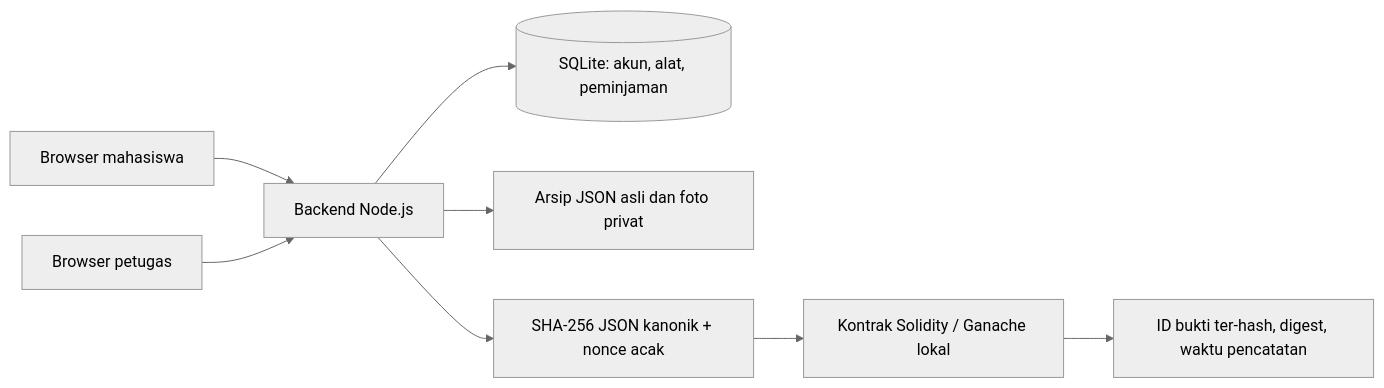
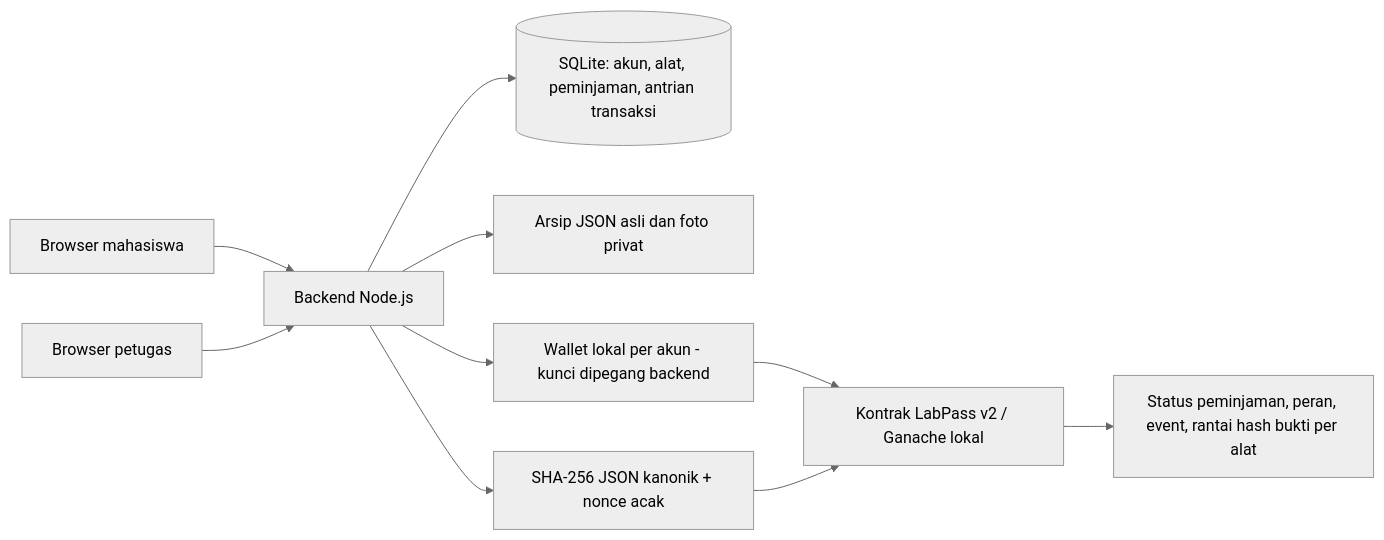
Before and after one commit to velgrynnn/LabPass: the diagram in README.md, drawn with Mermaid (neutral theme). The commit also changed other lines of this file and 15 other files, not shown here.

First line of the commit message:
Upgrade kontrak ke v2: status on-chain dan wallet per akun

````diff
--- a/README.md
+++ b/README.md
@@ -91,10 +91,12 @@
 ```mermaid
 flowchart LR
   M[Browser mahasiswa] --> API[Backend Node.js]
   P[Browser petugas] --> API
-  API --> DB[(SQLite: akun, alat, peminjaman)]
+  API --> DB[(SQLite: akun, alat, peminjaman, antrian transaksi)]
   API --> A[Arsip JSON asli dan foto privat]
   API --> H[SHA-256 JSON kanonik + nonce acak]
-  H --> C[Kontrak Solidity / Ganache lokal]
-  C --> V[ID bukti ter-hash, digest, waktu pencatatan]
+  API --> W[Wallet lokal per akun - kunci dipegang backend]
+  W --> C[Kontrak LabPass v2 / Ganache lokal]
+  H --> C
+  C --> V[Status peminjaman, peran, event, rantai hash bukti per alat]
 ```
````
